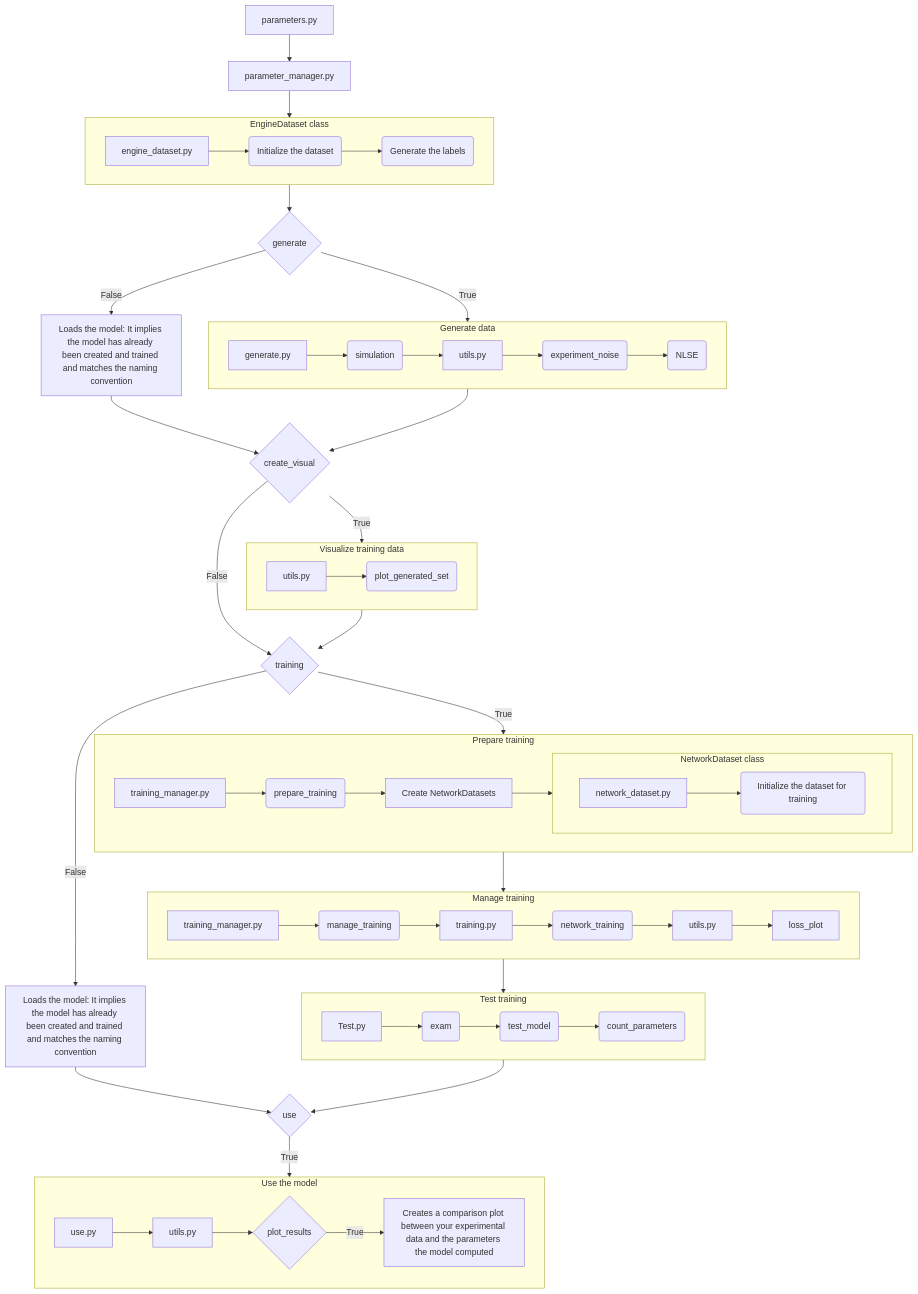
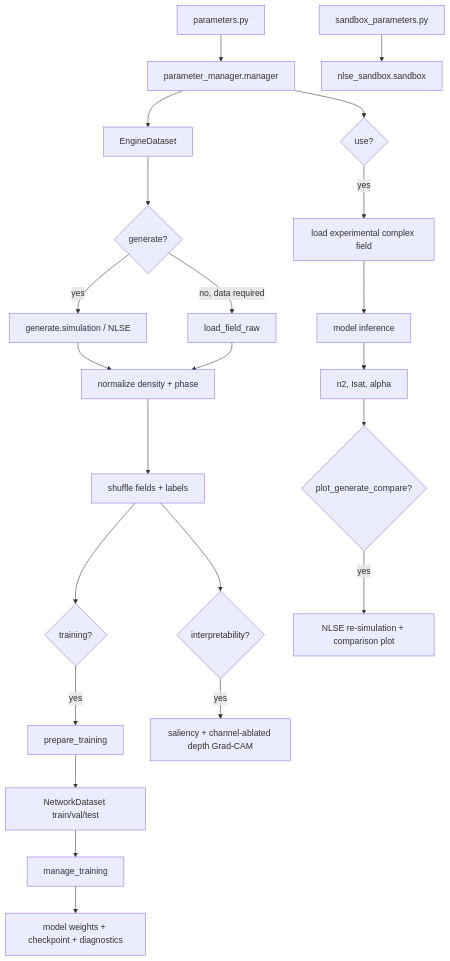
One commit to Quantum-Optics-LKB/xp2nlse-ml changed the diagram in README.md. Above: the diagram before and after it, drawn with Mermaid. The commit also changed other lines of this file, not shown here.

````diff
--- a/README.md
+++ b/README.md
@@ -525,68 +315,30 @@
 ```mermaid
-graph TD
-    A[parameters.py] --> B[parameter_manager.py]
-    B --> sub1
-    sub1 --> C{generate}
-    C --> |True| sub2
-    C --> |False| D[Loads the model: It implies the model has already been created and trained and matches the naming convention]
-    sub2 --> E{create_visual}
-    D --> E
-    E --> |True| sub10
-    E --> |False| F{training}
-    sub10 --> F
-    F --> |True| sub3
-    sub3 --> sub4
-    sub4 --> sub5
-    F --> |False| G[Loads the model: It implies the model has already been created and trained and matches the naming convention]
-    sub5 --> H{use}
-    G --> H
-    H--> |True| sub6
+flowchart TD
+    A[parameters.py] --> B[parameter_manager.manager]
+    S[sandbox_parameters.py] --> SB[nlse_sandbox.sandbox]
 
-    subgraph sub1[EngineDataset class]
-        A1[engine_dataset.py] --> A2(Initialize the dataset)
-        A2 --> A3(Generate the labels)
-    end
+    B --> C[EngineDataset]
+    C --> D{generate?}
+    D -->|yes| E[generate.simulation / NLSE]
+    D -->|no, data required| F[load_field_raw]
 
-    subgraph sub2[Generate data]
-        B1[generate.py] --> B2(simulation)
-        B2 --> B3[utils.py]
-        B3 --> B4(experiment_noise)
-        B4 --> B5(NLSE)
-    end
-    
-    subgraph sub3[Prepare training]
-        C1[training_manager.py] --> C2(prepare_training)
-        C2 --> C3[Create NetworkDatasets]
-        C3 --> sub7
-    end
+    E --> G[normalize density + phase]
+    F --> G
+    G --> H[shuffle fields + labels]
 
-    subgraph sub4[Manage training]
-        D1[training_manager.py] --> D2(manage_training)
-        D2 --> D3[training.py] 
-        D3 --> D4(network_training)
-        D4 --> D5[utils.py]
-        D5 --> D6[loss_plot]
-    end
+    H --> I{training?}
+    I -->|yes| J[prepare_training]
+    J --> K[NetworkDataset train/val/test]
+    K --> L[manage_training]
+    L --> M[model weights + checkpoint + diagnostics]
 
-    subgraph sub5[Test training]
-        E1[Test.py]
-        E1 --> E2(exam)
-        E2 --> E3(test_model)
-        E3 --> E4(count_parameters)
-    end
-    subgraph sub6[Use the model]
-        F1[use.py]
-        F1 --> F4[utils.py]
-        F4 --> F2{plot_results}
-        F2 --> |True| F3[Creates a comparison plot between your experimental data and the parameters the model computed]
-    end
+    H --> N{interpretability?}
+    N -->|yes| O[saliency + channel-ablated depth Grad-CAM]
 
-    subgraph sub7[NetworkDataset class]
-        G1[network_dataset.py] --> G2(Initialize the dataset for training)
-    end
-
-    subgraph sub10[Visualize training data]
-        H1[utils.py]
-        H1 --> H2(plot_generated_set)
-    end
+    B --> P{use?}
+    P -->|yes| Q[load experimental complex field]
+    Q --> R[model inference]
+    R --> T[n2, Isat, alpha]
+    T --> U{plot_generate_compare?}
+    U -->|yes| V[NLSE re-simulation + comparison plot]
 ```
````
